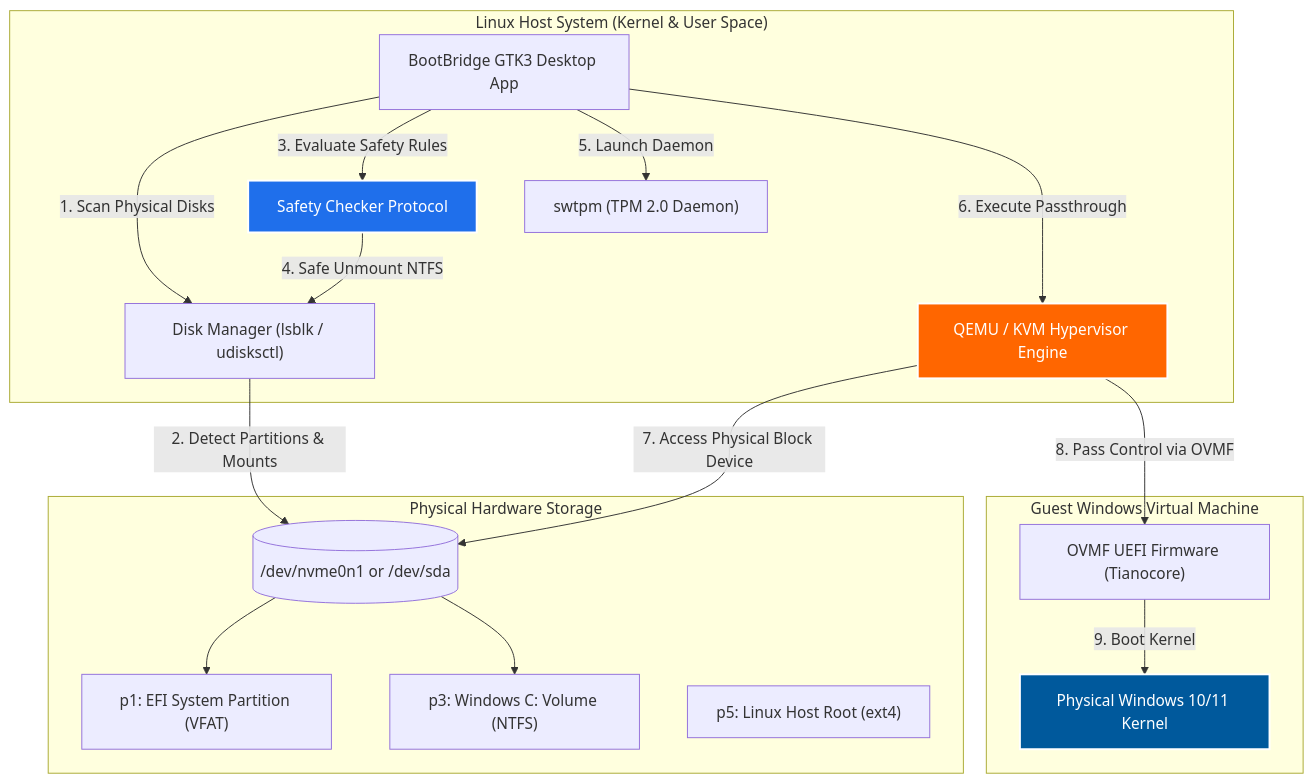
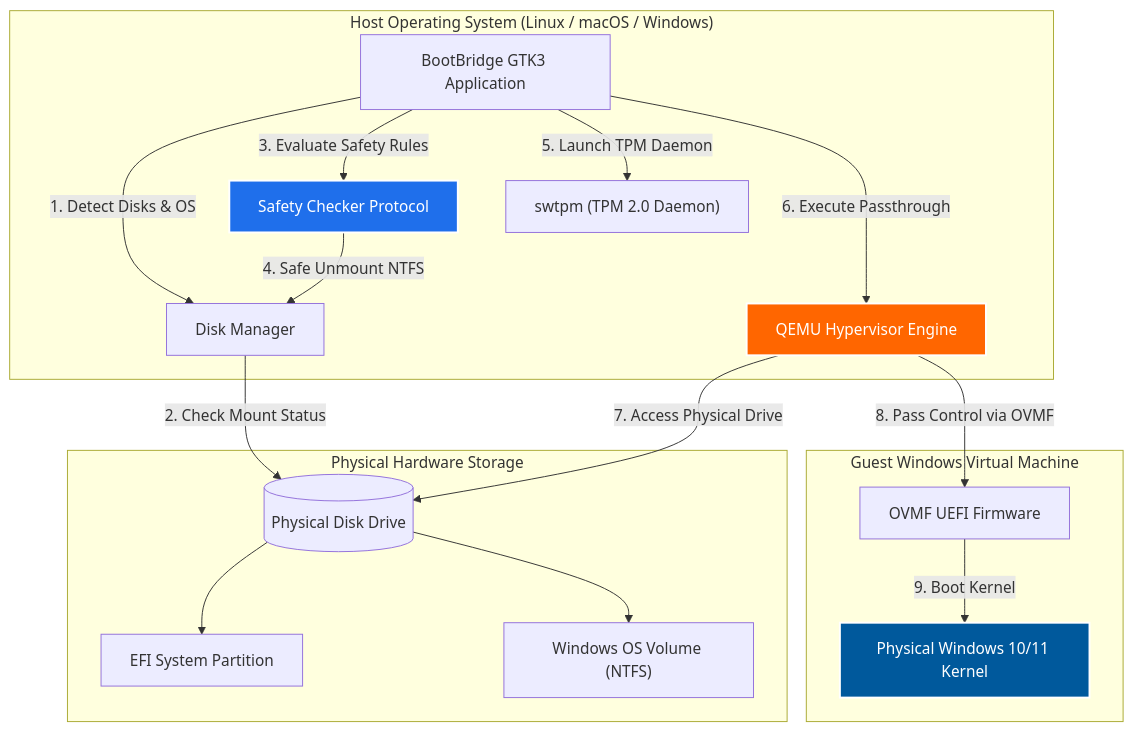
One commit to dreamzz2nd/BootBridge changed the diagram in README.md. Above: the diagram before and after it, drawn with Mermaid. The commit also changed other lines of this file, not shown here.

Commit message:
docs: update README with cross-platform support, 1-click GUI setup, and 7-step AnyDesk remote desktop workflow

````diff
--- a/README.md
+++ b/README.md
@@ -92,37 +181,36 @@
 ```mermaid
 flowchart TD
-    subgraph Host ["Linux Host System (Kernel & User Space)"]
-        UI["BootBridge GTK3 Desktop App"]
+    subgraph Host ["Host Operating System (Linux / macOS / Windows)"]
+        UI["BootBridge GTK3 Application"]
         SC["Safety Checker Protocol"]
-        DM["Disk Manager (lsblk / udisksctl)"]
+        DM["Disk Manager"]
         TPM["swtpm (TPM 2.0 Daemon)"]
-        QEMU["QEMU / KVM Hypervisor Engine"]
+        QEMU["QEMU Hypervisor Engine"]
     end
 
     subgraph Hardware ["Physical Hardware Storage"]
-        DISK[("/dev/nvme0n1 or /dev/sda")]
-        ESP["p1: EFI System Partition (VFAT)"]
-        WIN["p3: Windows C: Volume (NTFS)"]
-        HOST["p5: Linux Host Root (ext4)"]
+        DISK[("Physical Disk Drive")]
+        ESP["EFI System Partition"]
+        WIN["Windows OS Volume (NTFS)"]
     end
 
     subgraph Guest ["Guest Windows Virtual Machine"]
-        OVMF["OVMF UEFI Firmware (Tianocore)"]
+        OVMF["OVMF UEFI Firmware"]
         WINOS["Physical Windows 10/11 Kernel"]
     end
 
-    UI -->|1. Scan Physical Disks| DM
-    DM -->|2. Detect Partitions & Mounts| DISK
+    UI -->|1. Detect Disks & OS| DM
+    DM -->|2. Check Mount Status| DISK
     UI -->|3. Evaluate Safety Rules| SC
     SC -->|4. Safe Unmount NTFS| DM
-    UI -->|5. Launch Daemon| TPM
+    UI -->|5. Launch TPM Daemon| TPM
     UI -->|6. Execute Passthrough| QEMU
-    QEMU -->|7. Access Physical Block Device| DISK
+    QEMU -->|7. Access Physical Drive| DISK
     DISK --> ESP & WIN
     QEMU -->|8. Pass Control via OVMF| OVMF
     OVMF -->|9. Boot Kernel| WINOS
 
     style SC fill:#1f6feb,stroke:#fff,stroke-width:2px,color:#fff
     style QEMU fill:#ff6600,stroke:#fff,stroke-width:2px,color:#fff
     style WINOS fill:#00599c,stroke:#fff,stroke-width:2px,color:#fff
 ```
````
